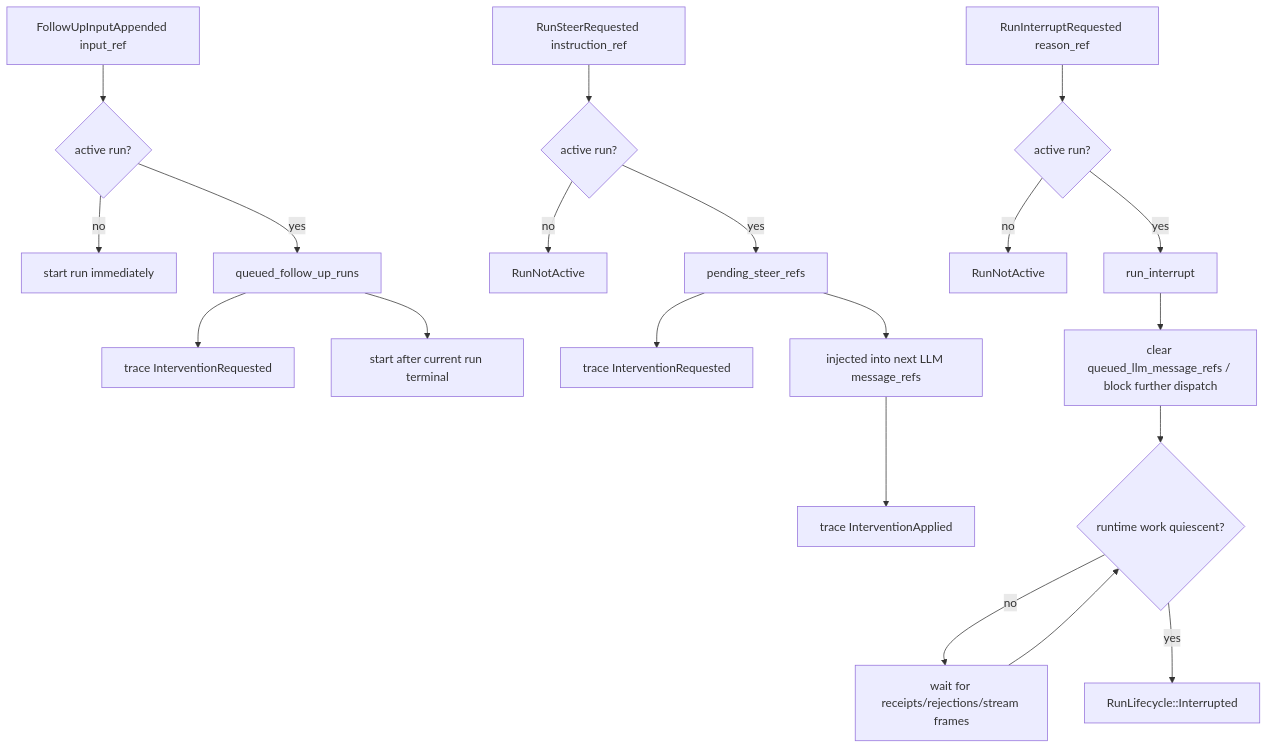
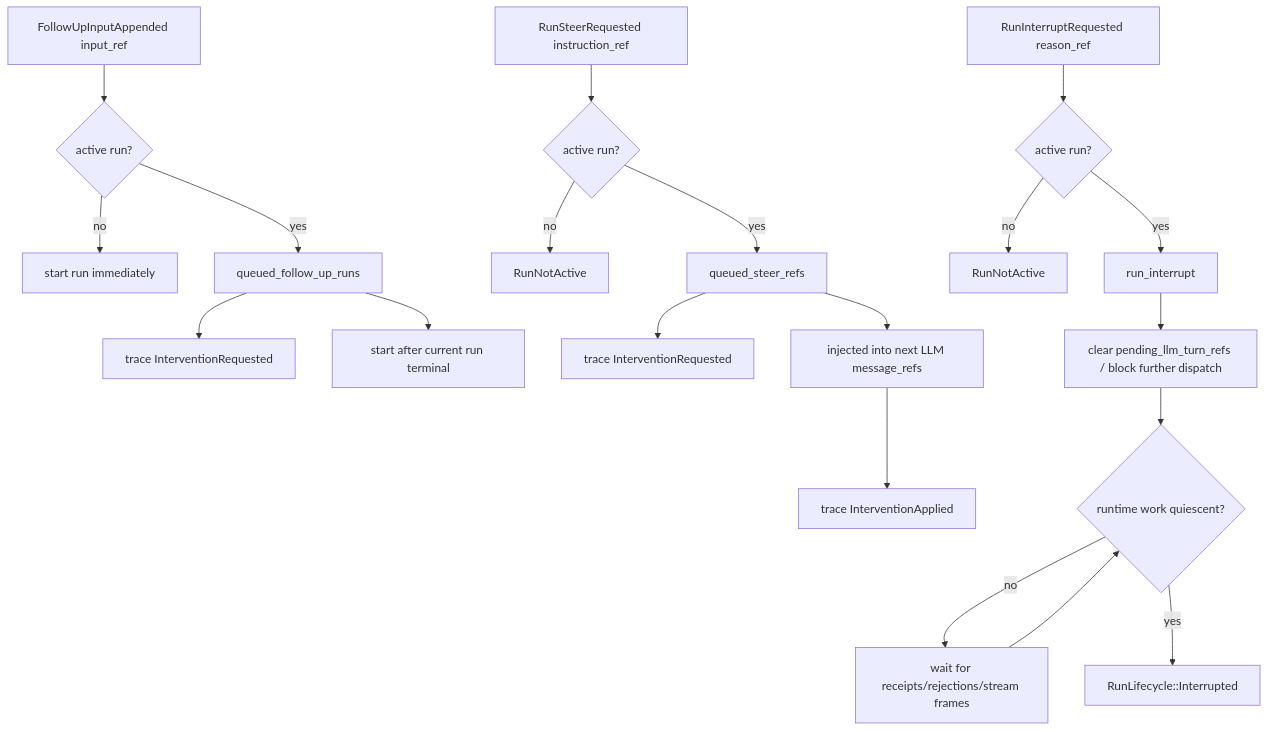
Diagram 15 of 22 in roadmap/v0.30-agent/visual-guide.md (smartcomputer-ai/agent-os), drawn with Mermaid before and after one commit. The commit also changed other lines of this file and 15 other files, not shown here.

````diff
--- a/roadmap/v0.30-agent/visual-guide.md
+++ b/roadmap/v0.30-agent/visual-guide.md
@@ -1048,24 +1048,24 @@
 ```mermaid
 flowchart TD
   FollowUp[FollowUpInputAppended input_ref] --> ActiveCheck{active run?}
   ActiveCheck -->|no| StartNow[start run immediately]
   ActiveCheck -->|yes| QueueFollowUp[queued_follow_up_runs]
   QueueFollowUp --> TraceFollowUp[trace InterventionRequested]
   QueueFollowUp --> Later[start after current run terminal]
 
   Steer[RunSteerRequested instruction_ref] --> ActiveRun{active run?}
   ActiveRun -->|no| Reject[RunNotActive]
-  ActiveRun -->|yes| QueueSteer[pending_steer_refs]
+  ActiveRun -->|yes| QueueSteer[queued_steer_refs]
   QueueSteer --> TraceSteer[trace InterventionRequested]
   QueueSteer --> NextLLM[injected into next LLM message_refs]
   NextLLM --> TraceApplied[trace InterventionApplied]
 
   Interrupt[RunInterruptRequested reason_ref] --> ActiveRun2{active run?}
   ActiveRun2 -->|no| Reject2[RunNotActive]
   ActiveRun2 -->|yes| MarkInterrupt[run_interrupt]
-  MarkInterrupt --> BlockDispatch[clear queued_llm_message_refs / block further dispatch]
+  MarkInterrupt --> BlockDispatch[clear pending_llm_turn_refs / block further dispatch]
   BlockDispatch --> Quiescent{runtime work quiescent?}
   Quiescent -->|no| WaitReceipts[wait for receipts/rejections/stream frames]
   WaitReceipts --> Quiescent
   Quiescent -->|yes| FinishInterrupted[RunLifecycle::Interrupted]
 ```
````
